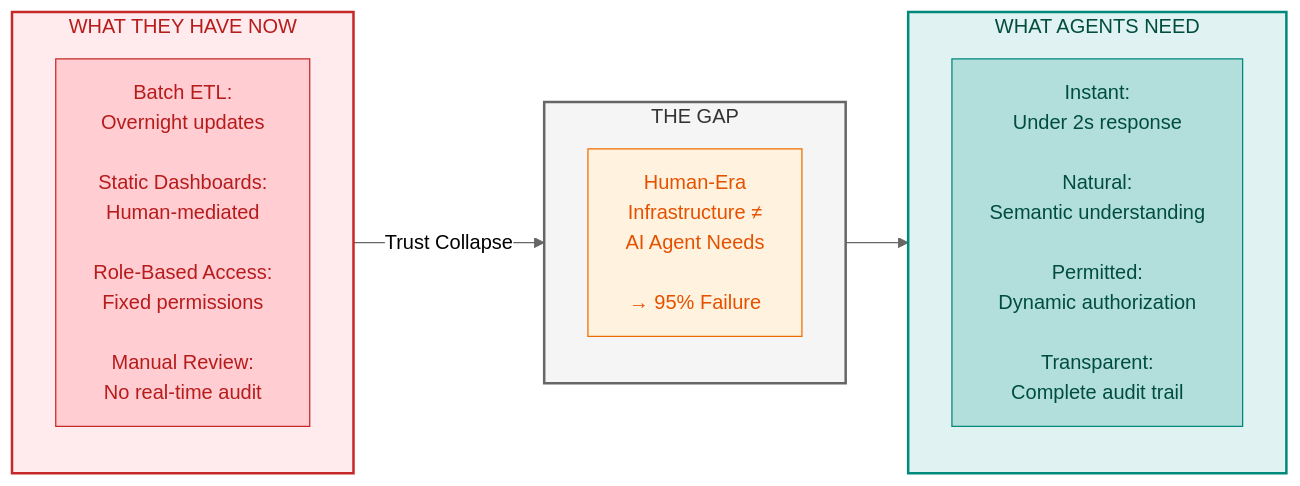
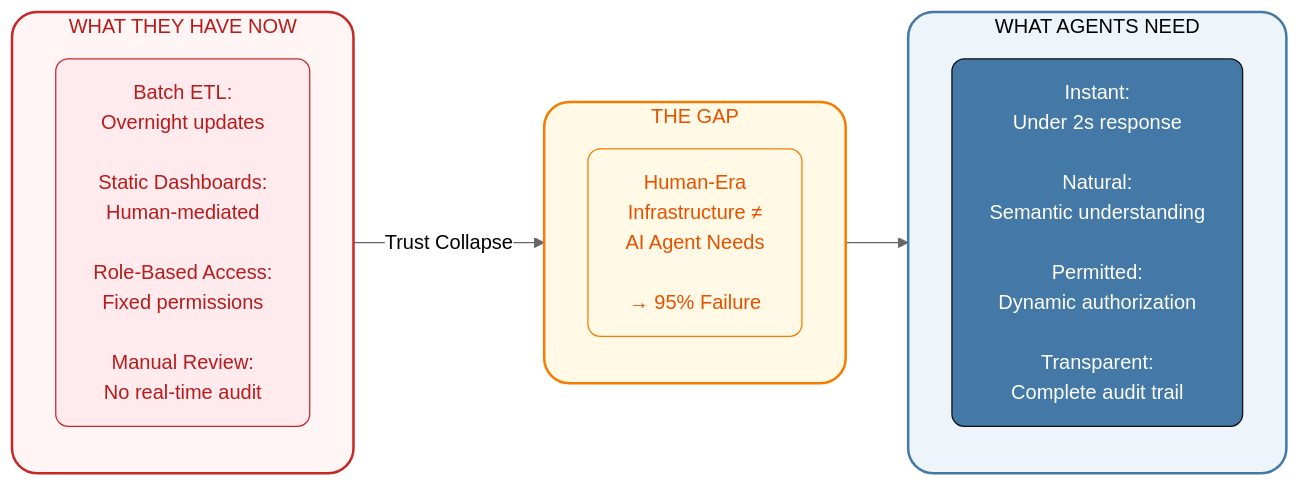
Before and after one commit to saitejesh-cyber/trust-before-intelligence-book: the first of 6 diagrams in manuscript/02_chapter_1_why_agents_fail.md, drawn with Mermaid (neutral theme). The commit also changed other lines of this file, not shown here.

Commit message:
Chapter2: Updated mermaid diagrams based on new colaberry color code

````diff
--- a/manuscript/02_chapter_1_why_agents_fail.md
+++ b/manuscript/02_chapter_1_why_agents_fail.md
@@ -56,29 +56,28 @@
 ```mermaid
 
 graph LR
     subgraph BUILT["WHAT THEY HAVE NOW"]
         direction TB
         B1["Batch ETL:<br/>Overnight updates<br/><br/>Static Dashboards:<br/>Human-mediated<br/><br/>Role-Based Access:<br/>Fixed permissions<br/><br/>Manual Review:<br/>No real-time audit"]
     end
     
     subgraph GAP["THE GAP"]
         direction TB
         G1["Human-Era<br/>Infrastructure ≠<br/>AI Agent Needs<br/><br/>→ 95% Failure"]
     end
     
     subgraph NEED["WHAT AGENTS NEED"]
         direction TB
         N1["Instant:<br/>Under 2s response<br/><br/>Natural:<br/>Semantic understanding<br/><br/>Permitted:<br/>Dynamic authorization<br/><br/>Transparent:<br/>Complete audit trail"]
     end
     
     BUILT -->|"Trust Collapse"| GAP --> NEED
     
-    style BUILT fill:#ffebee,stroke:#c62828,stroke-width:2px,color:#b71c1c
-    style GAP fill:#f5f5f5,stroke:#666666,stroke-width:2px,color:#333333
-    style NEED fill:#e0f2f1,stroke:#00897b,stroke-width:2px,color:#004d40
-    style B1 fill:#ffcdd2,stroke:#c62828,color:#b71c1c
-    style G1 fill:#fff3e0,stroke:#ef6c00,color:#e65100
-    style N1 fill:#b2dfdb,stroke:#00897b,color:#004d40
-    
+    style BUILT fill:#fff5f5,stroke:#c62828,stroke-width:2px,color:#b71c1c,rx:20,ry:20
+    style B1 fill:#ffebee,stroke:#c62828,stroke-width:1px,color:#b71c1c,rx:10,ry:10
+    style GAP fill:#fff9e6,stroke:#f57c00,stroke-width:2px,color:#e65100,rx:20,ry:20
+    style G1 fill:#fff9e6,stroke:#f57c00,stroke-width:1px,color:#e65100,rx:10,ry:10
+    style NEED fill:#edf4fa,stroke:#4478A6,stroke-width:2px,color:#000000,rx:20,ry:20
+    style N1 fill:#4478A6,stroke:#0D0D0D,stroke-width:1px,color:#ffffff,rx:10,ry:10
 
 ```
````
